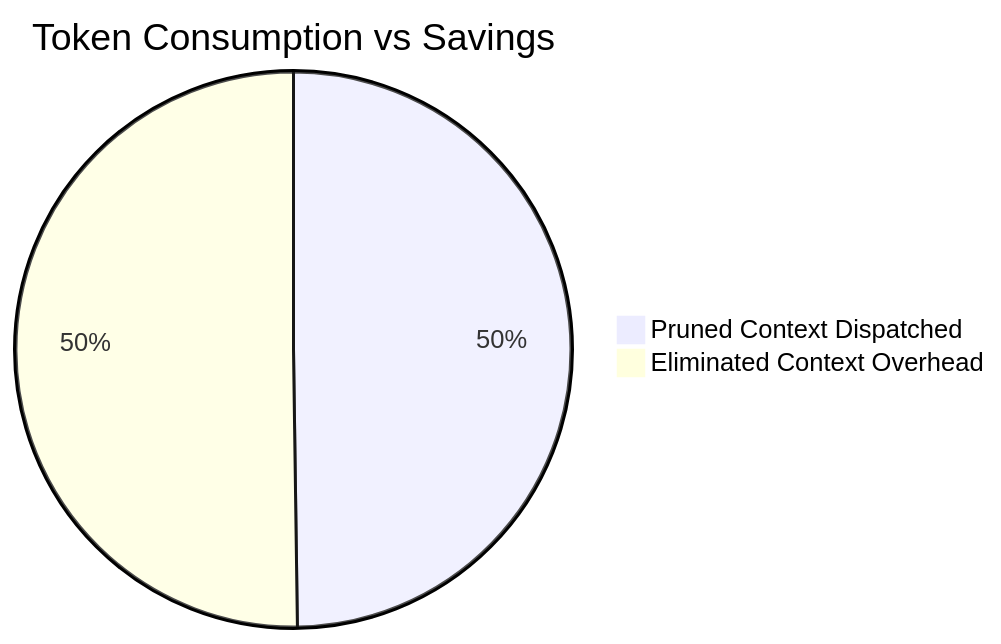
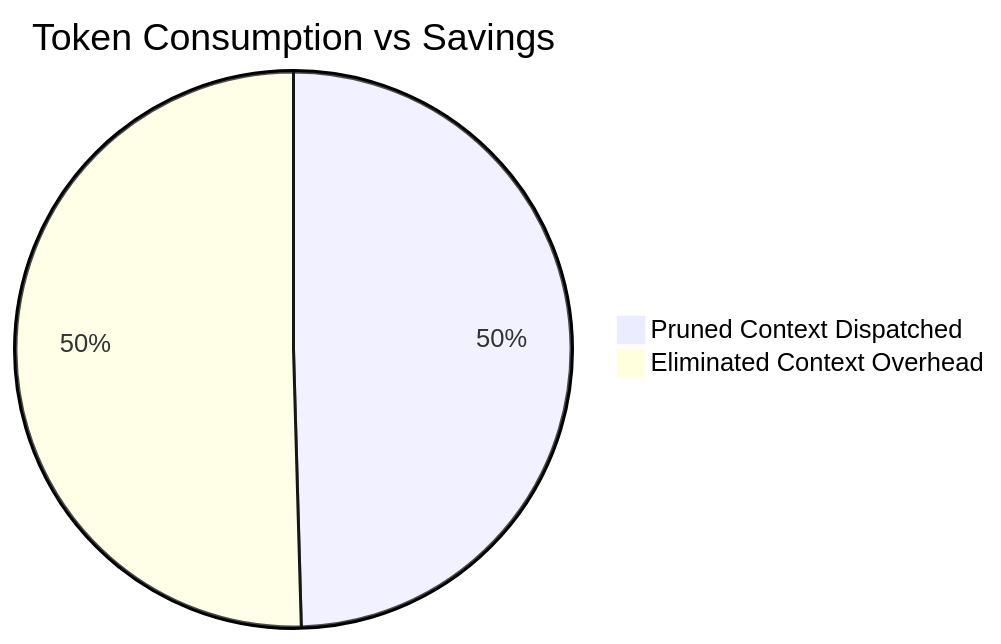
Before and after one commit to lakhwindersingh/nb_fairyfly: the diagram in workplace/docs/reports/token_savings_report.md, drawn with Mermaid. The commit also changed other lines of this file and 42 other files, not shown here.

````diff
--- a/workplace/docs/reports/token_savings_report.md
+++ b/workplace/docs/reports/token_savings_report.md
@@ -26,5 +26,5 @@
 ```mermaid
 pie title Token Consumption vs Savings
-    "Pruned Context Dispatched" : 39817429
-    "Eliminated Context Overhead" : 40177928
+    "Pruned Context Dispatched" : 42829284
+    "Eliminated Context Overhead" : 43606900
 ```
````
